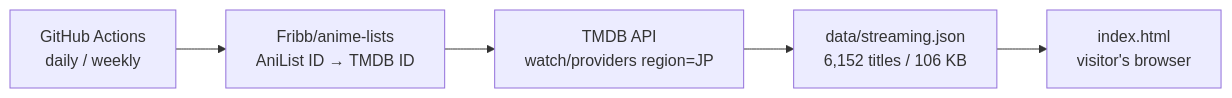
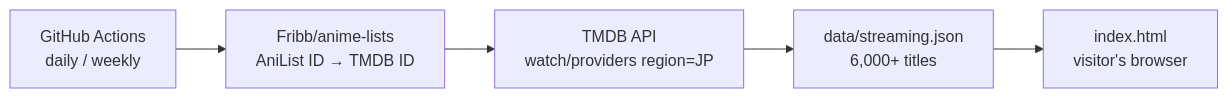
One commit to Naatlant/courdeck changed the diagram in README.md. Above: the diagram before and after it, drawn with Mermaid. The commit also changed other lines of this file and 2 other files, not shown here.

````diff
--- a/README.md
+++ b/README.md
@@ -82,7 +82,7 @@
 ```mermaid
 flowchart LR
     A[GitHub Actions<br/>daily / weekly] --> B[Fribb/anime-lists<br/>AniList ID → TMDB ID]
     B --> C[TMDB API<br/>watch/providers region=JP]
-    C --> D[data/streaming.json<br/>6,152 titles / 106 KB]
+    C --> D[data/streaming.json<br/>6,000+ titles]
     D --> E[index.html<br/>visitor's browser]
 ```
````
